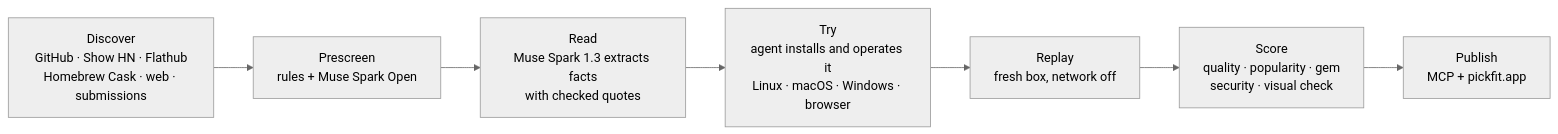
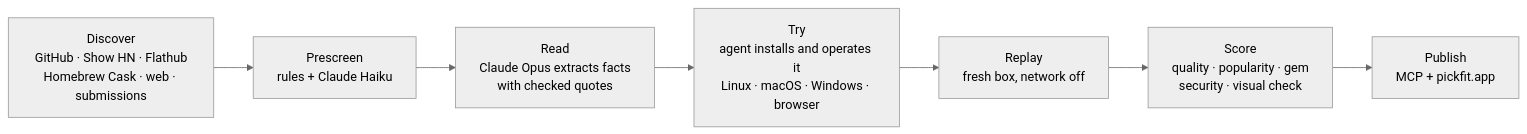
One commit to ncchen99/pickfit changed the diagram in README.md. Above: the diagram before and after it, drawn with Mermaid (neutral theme). The commit also changed other lines of this file, not shown here.

Commit message:
README: the models are Claude since 15 Nov, the hackathon's stay named; counts as of 16 Nov

````diff
--- a/README.md
+++ b/README.md
@@ -75,9 +75,9 @@
 ```mermaid
 flowchart LR
-  A[Discover<br>GitHub · Show HN · Flathub<br>Homebrew Cask · web · submissions] --> B[Prescreen<br>rules + Muse Spark Open]
-  B --> C[Read<br>Muse Spark 1.3 extracts facts<br>with checked quotes]
+  A[Discover<br>GitHub · Show HN · Flathub<br>Homebrew Cask · web · submissions] --> B[Prescreen<br>rules + Claude Haiku]
+  B --> C[Read<br>Claude Opus extracts facts<br>with checked quotes]
   C --> D[Try<br>agent installs and operates it<br>Linux · macOS · Windows · browser]
   D --> E[Replay<br>fresh box, network off]
   E --> F[Score<br>quality · popularity · gem<br>security · visual check]
   F --> G[Publish<br>MCP + pickfit.app]
 ```
````
